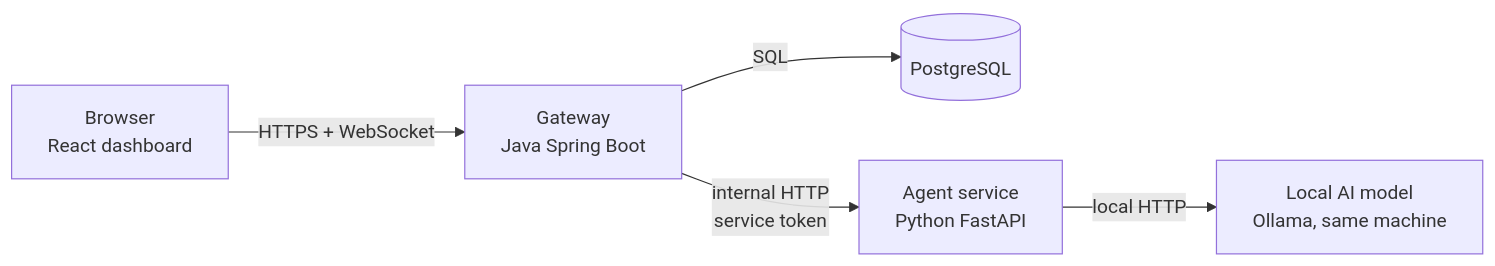
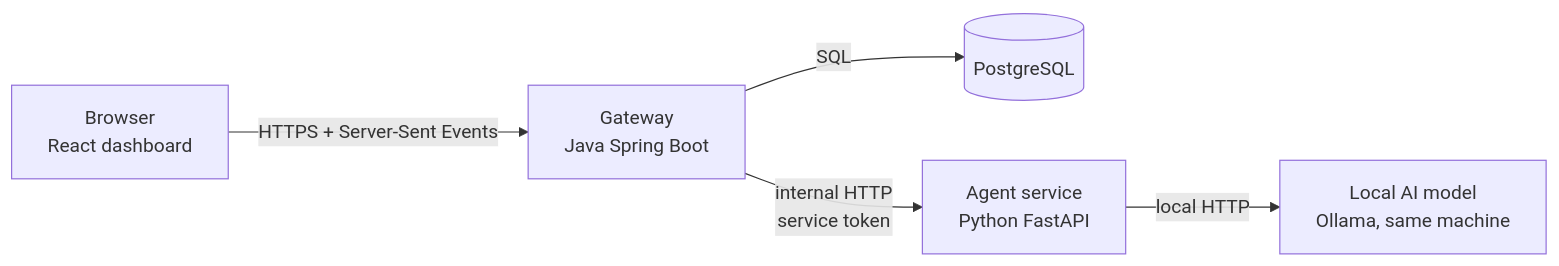
One commit to mKs2609/casewright changed the first of 3 diagrams in docs/ARCHITECTURE.md. Above: the diagram before and after it, drawn with Mermaid. The commit also changed other lines of this file and 44 other files, not shown here.

````diff
--- a/docs/ARCHITECTURE.md
+++ b/docs/ARCHITECTURE.md
@@ -10,7 +10,7 @@
 ```mermaid
 flowchart LR
-    U[Browser<br/>React dashboard] -- HTTPS + WebSocket --> G[Gateway<br/>Java Spring Boot]
+    U[Browser<br/>React dashboard] -- HTTPS + Server-Sent Events --> G[Gateway<br/>Java Spring Boot]
     G -- SQL --> DB[(PostgreSQL)]
     G -- internal HTTP<br/>service token --> A[Agent service<br/>Python FastAPI]
     A -- local HTTP --> L[Local AI model<br/>Ollama, same machine]
 ```
````
